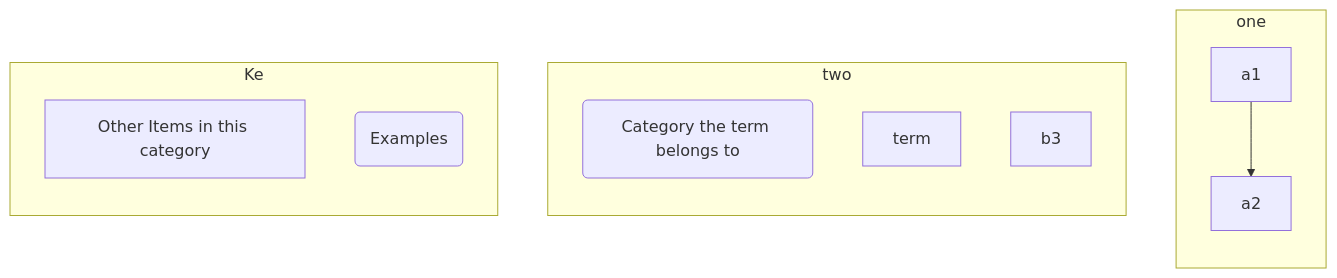
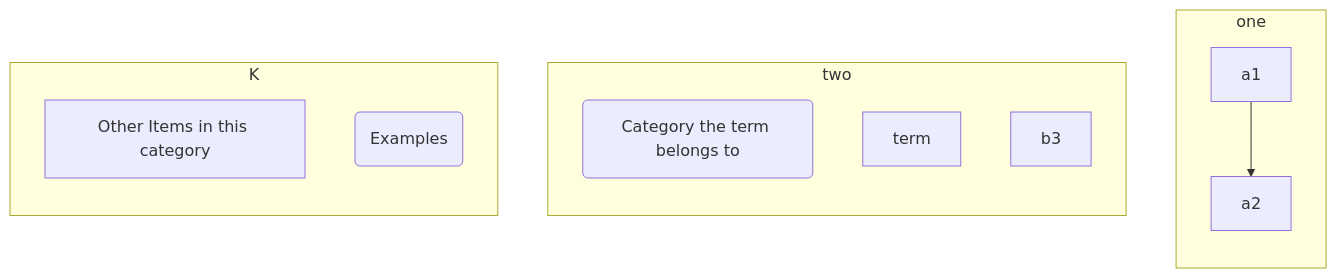
The diagram in slides.md (gerbssusd/dok), drawn with Mermaid before and after one commit.

````diff
--- a/slides.md
+++ b/slides.md
@@ -217,24 +217,24 @@
 ```mermaid
 flowchart TB
     subgraph one 
      direction TB
     a1-->a2
      end
     subgraph two
       direction TB
         b1(Category the term belongs to)
         b2[term]
         b3 
         end
-    subgraph Ke
+    subgraph K
       direction TB
     c1[Other Items in this category] 
     c2(Examples)
     end
 
 
 
 
 
 
 ```
````
